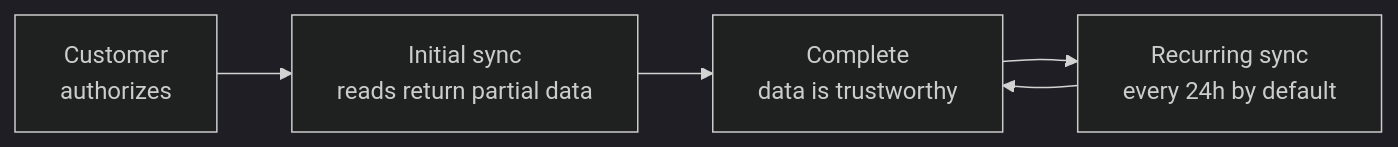
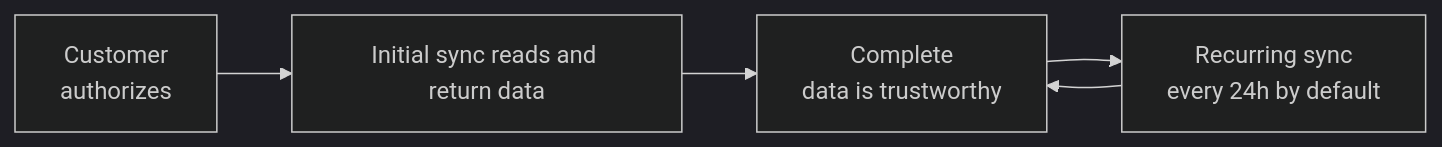
One commit to kaval1810/bindbee-docs-test changed the diagram in guides/reading-writing/syncing.mdx. Above: the diagram before and after it, drawn with Mermaid (dark theme). The commit also changed other lines of this file and 62 other files, not shown here.

````diff
--- a/guides/reading-writing/syncing.mdx
+++ b/guides/reading-writing/syncing.mdx
@@ -11,7 +11,7 @@
 ```mermaid
 flowchart LR
-    A["Customer<br/>authorizes"] --> B["Initial sync<br/>reads return partial data"]
+    A["Customer<br/>authorizes"] --> B["Initial sync reads and return data"]
     B --> C["Complete<br/>data is trustworthy"]
     C --> D["Recurring sync<br/>every 24h by default"]
     D --> C
 ```
````
